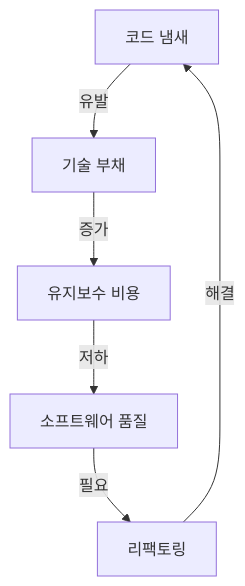
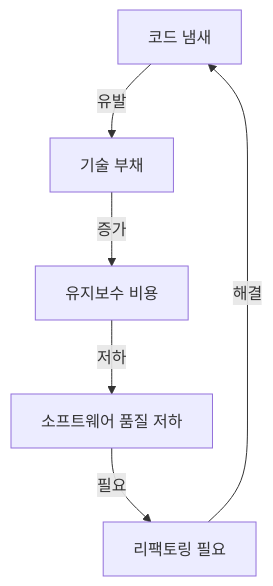
One commit to 42jerrykim/42jerrykim.github.io changed the second of 9 diagrams in content/post/2024/2024-09-09-Refactoring/index.md. Above: the diagram before and after it, drawn with Mermaid. The commit also changed other lines of this file and 239 other files, not shown here.

````diff
--- a/content/post/2024/2024-09-09-Refactoring/index.md
+++ b/content/post/2024/2024-09-09-Refactoring/index.md
@@ -223,8 +205,13 @@
 ```mermaid
-graph TD;
-    A[코드 냄새] -->|유발| B[기술 부채]
-    B -->|증가| C[유지보수 비용]
-    C -->|저하| D[소프트웨어 품질]
-    D -->|필요| E[리팩토링]
-    E -->|해결| A
+graph TD
+    CodeSmell["코드 냄새"]
+    TechDebt["기술 부채"]
+    MaintCost["유지보수 비용"]
+    QualityDown["소프트웨어 품질 저하"]
+    NeedRefactor["리팩토링 필요"]
+    CodeSmell -->|"유발"| TechDebt
+    TechDebt -->|"증가"| MaintCost
+    MaintCost -->|"저하"| QualityDown
+    QualityDown -->|"필요"| NeedRefactor
+    NeedRefactor -->|"해결"| CodeSmell
 ```
````
